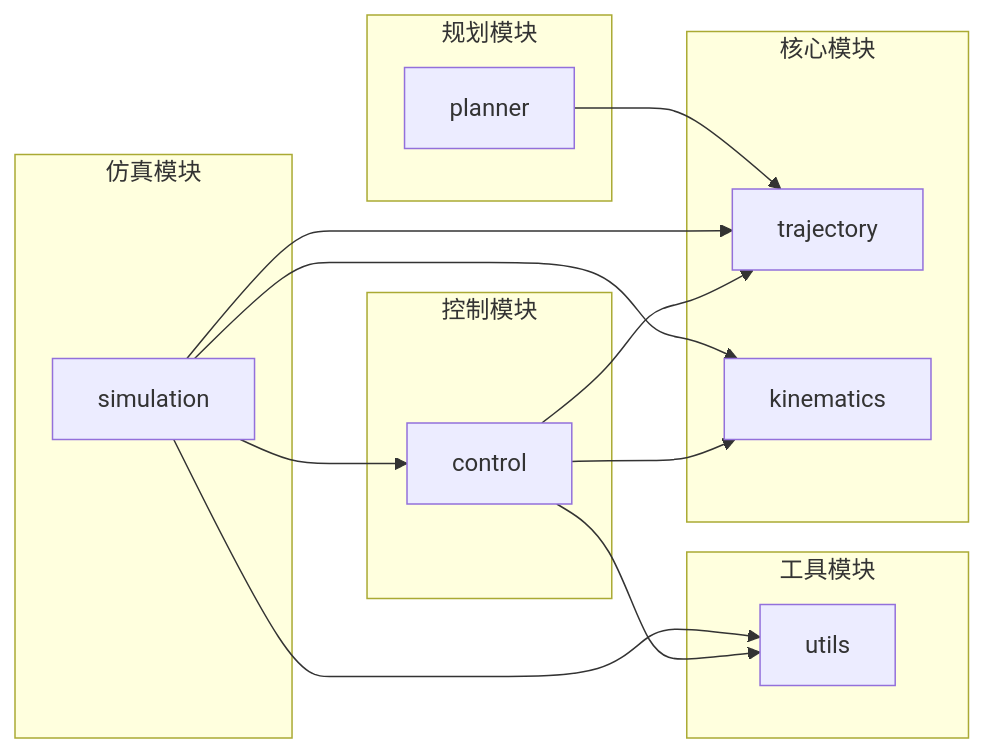
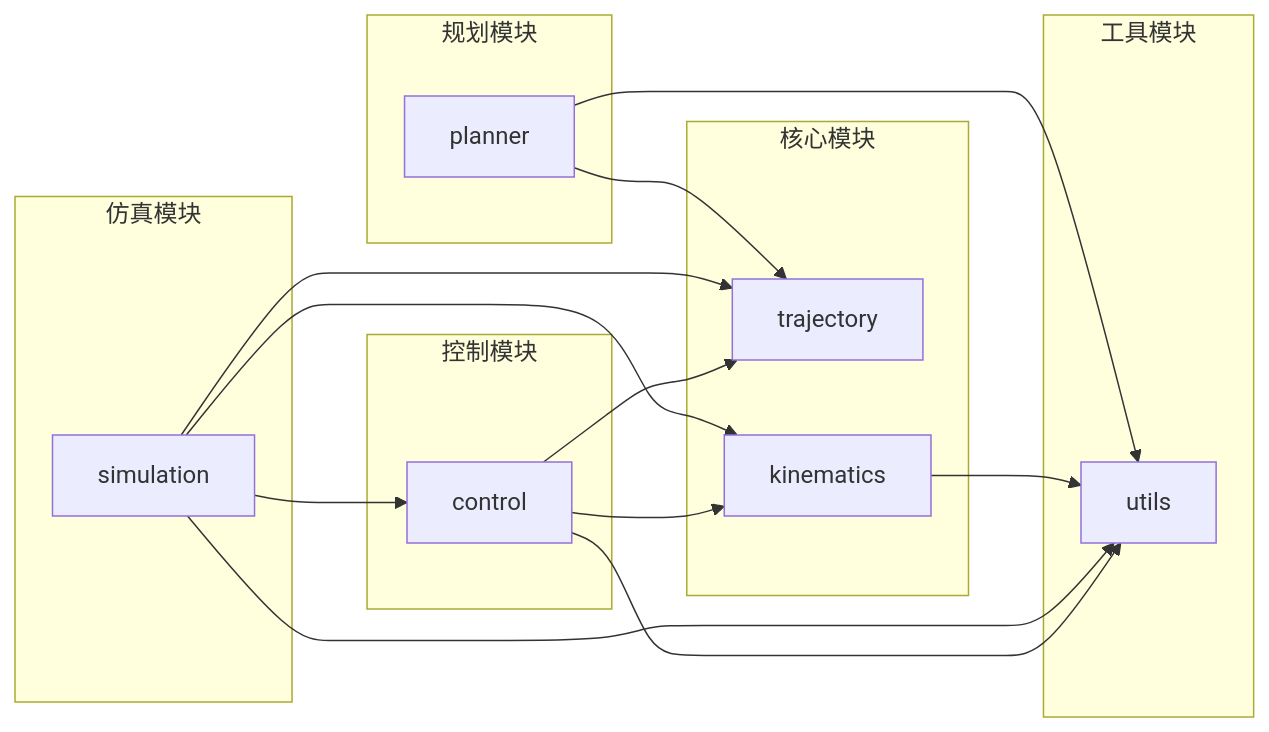
The second of 10 diagrams in docs/ARCHITECTURE.md (windyfashion/wheel_project), drawn with Mermaid before and after one commit. The commit also changed other lines of this file and 20 other files, not shown here.

````diff
--- a/docs/ARCHITECTURE.md
+++ b/docs/ARCHITECTURE.md
@@ -99,32 +101,34 @@
 ```mermaid
 graph LR
     subgraph Core[核心模块]
         TRAJ[trajectory]
         KIN[kinematics]
     end
 
     subgraph Control[控制模块]
         CTRL[control]
     end
 
     subgraph Utils[工具模块]
         UTILS[utils]
     end
 
     subgraph Sim[仿真模块]
         SIM[simulation]
     end
 
     subgraph Plan[规划模块]
         PLANNER[planner]
     end
 
     CTRL --> KIN
     CTRL --> TRAJ
     CTRL --> UTILS
     SIM --> CTRL
     SIM --> KIN
     SIM --> TRAJ
     SIM --> UTILS
+    KIN --> UTILS
     PLANNER --> TRAJ
+    PLANNER --> UTILS
 ```
````
